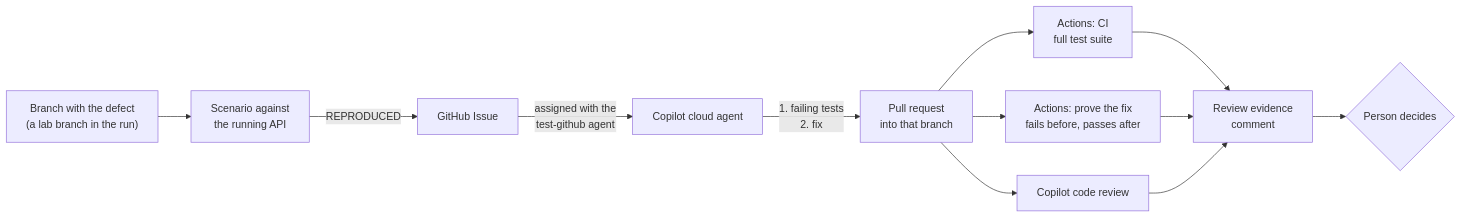
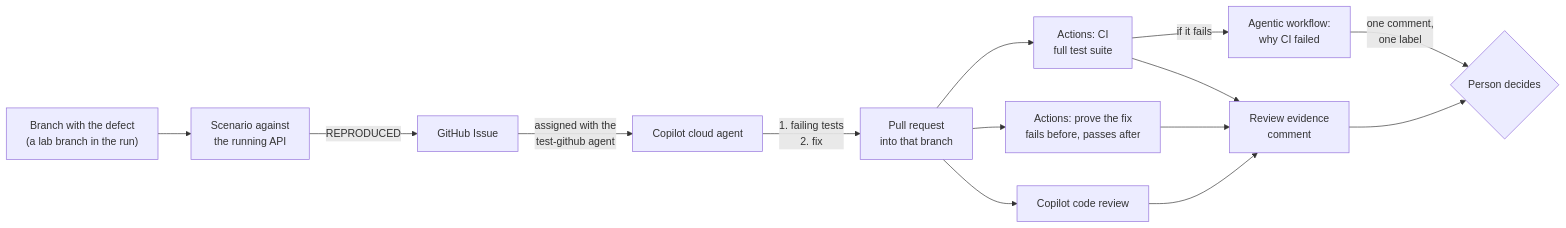
One commit to melabadi/adept-assessment-northstars changed the diagram in solutions/04-test-github/README.md. Above: the diagram before and after it, drawn with Mermaid. The commit also changed other lines of this file, not shown here.

First line of the commit message:
04-test-github README: the agentic CI failure investigation

````diff
--- a/solutions/04-test-github/README.md
+++ b/solutions/04-test-github/README.md
@@ -33,14 +34,16 @@
 ```mermaid
 flowchart LR
   L["Branch with the defect<br/>(a lab branch in the run)"] --> R[Scenario against<br/>the running API]
   R -->|REPRODUCED| I[GitHub Issue]
   I -->|assigned with the<br/>test-github agent| C[Copilot cloud agent]
   C -->|1. failing tests<br/>2. fix| PR[Pull request<br/>into that branch]
   PR --> CI[Actions: CI<br/>full test suite]
   PR --> P[Actions: prove the fix<br/>fails before, passes after]
   PR --> CR[Copilot code review]
+  CI -->|if it fails| AW[Agentic workflow:<br/>why CI failed]
   CI --> E[Review evidence<br/>comment]
   P --> E
   CR --> E
   E --> H{Person decides}
+  AW -->|one comment,<br/>one label| H
 ```
````
